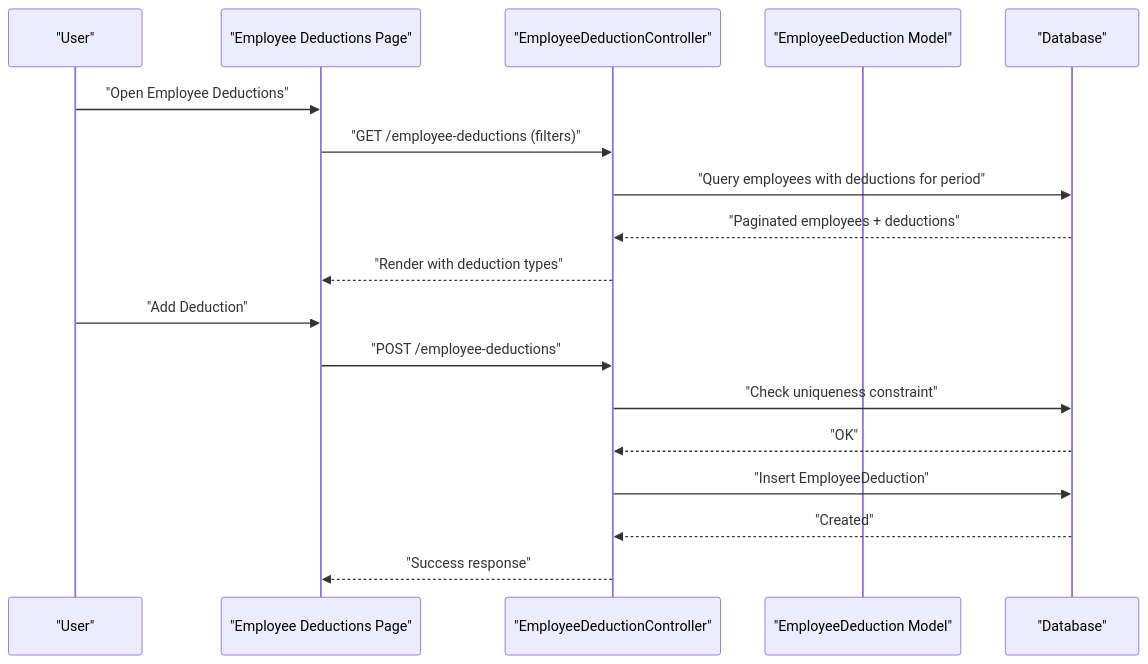
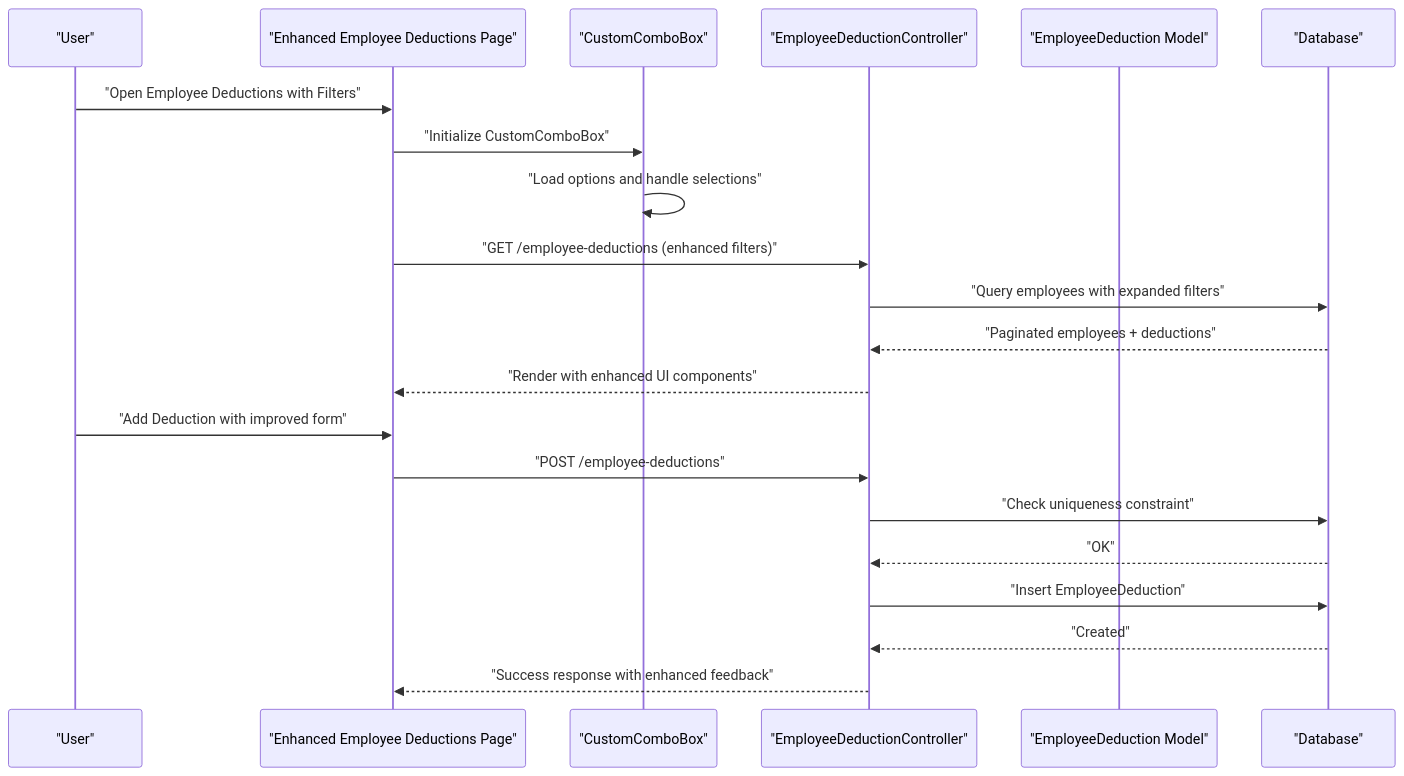
Before and after one commit to vincet0t15/template: the second of 8 diagrams in .qoder/repowiki/en/content/Deduction Management/Deduction Management.md, drawn with Mermaid. The commit also changed other lines of this file and 13 other files, not shown here.

````diff
--- a/.qoder/repowiki/en/content/Deduction Management/Deduction Management.md
+++ b/.qoder/repowiki/en/content/Deduction Management/Deduction Management.md
@@ -142,20 +166,23 @@
 ```mermaid
 sequenceDiagram
 participant U as "User"
-participant UI as "Employee Deductions Page"
+participant UI as "Enhanced Employee Deductions Page"
+participant CB as "CustomComboBox"
 participant C as "EmployeeDeductionController"
 participant M as "EmployeeDeduction Model"
 participant DB as "Database"
-U->>UI : "Open Employee Deductions"
-UI->>C : "GET /employee-deductions (filters)"
-C->>DB : "Query employees with deductions for period"
+U->>UI : "Open Employee Deductions with Filters"
+UI->>CB : "Initialize CustomComboBox"
+CB->>CB : "Load options and handle selections"
+UI->>C : "GET /employee-deductions (enhanced filters)"
+C->>DB : "Query employees with expanded filters"
 DB-->>C : "Paginated employees + deductions"
-C-->>UI : "Render with deduction types"
-U->>UI : "Add Deduction"
+C-->>UI : "Render with enhanced UI components"
+U->>UI : "Add Deduction with improved form"
 UI->>C : "POST /employee-deductions"
 C->>DB : "Check uniqueness constraint"
 DB-->>C : "OK"
 C->>DB : "Insert EmployeeDeduction"
 DB-->>C : "Created"
-C-->>UI : "Success response"
+C-->>UI : "Success response with enhanced feedback"
 ```
````
